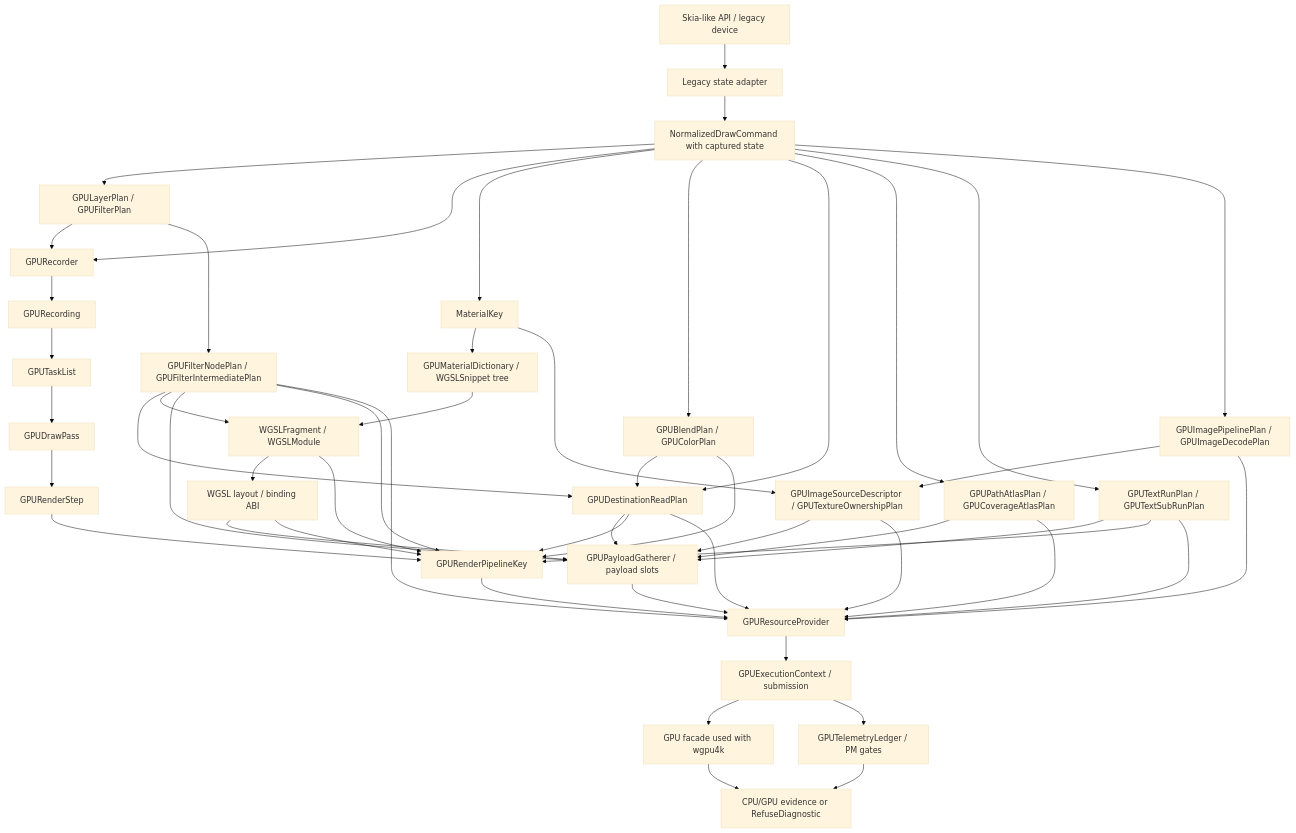
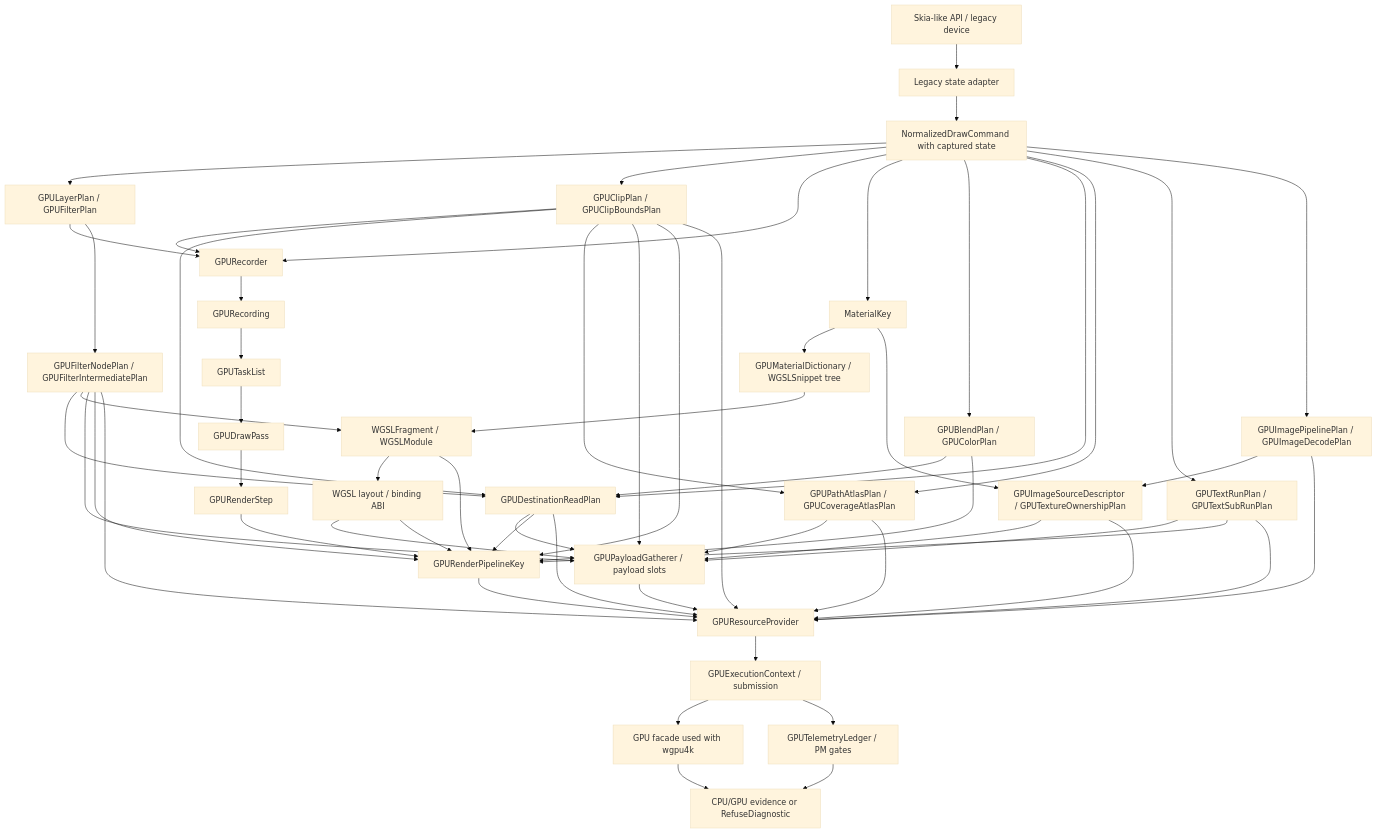
Before and after one commit to ygdrasil-io/kanvas: the diagram in .upstream/specs/gpu-renderer/README.md, drawn with Mermaid (base theme). The commit also changed other lines of this file and 24 other files, not shown here.

````diff
--- a/.upstream/specs/gpu-renderer/README.md
+++ b/.upstream/specs/gpu-renderer/README.md
@@ -203,53 +213,60 @@
 ```mermaid
 flowchart TD
     legacy["Skia-like API / legacy device"] --> adapter["Legacy state adapter"]
     adapter --> command["NormalizedDrawCommand with captured state"]
     command --> layerplan["GPULayerPlan / GPUFilterPlan"]
+    command --> clipplan["GPUClipPlan / GPUClipBoundsPlan"]
     command --> recorder["GPURecorder"]
     layerplan --> recorder
     layerplan --> filterdetail["GPUFilterNodePlan / GPUFilterIntermediatePlan"]
+    clipplan --> recorder
     recorder --> recording["GPURecording"]
     recording --> tasks["GPUTaskList"]
     tasks --> drawpass["GPUDrawPass"]
     drawpass --> step["GPURenderStep"]
     command --> material["MaterialKey"]
     material --> dictionary["GPUMaterialDictionary / WGSLSnippet tree"]
     command --> blend["GPUBlendPlan / GPUColorPlan"]
     command --> dstread["GPUDestinationReadPlan"]
     blend --> dstread
+    clipplan --> dstread
     filterdetail --> dstread
     dictionary --> wgsl["WGSLFragment / WGSLModule"]
     filterdetail --> wgsl
     material --> textureplan["GPUImageSourceDescriptor / GPUTextureOwnershipPlan"]
     command --> atlas["GPUPathAtlasPlan / GPUCoverageAtlasPlan"]
+    clipplan --> atlas
     command --> text["GPUTextRunPlan / GPUTextSubRunPlan"]
     wgsl --> abi["WGSL layout / binding ABI"]
     abi --> payload["GPUPayloadGatherer / payload slots"]
     command --> imageprep["GPUImagePipelinePlan / GPUImageDecodePlan"]
     imageprep --> textureplan
     imageprep --> resources
     textureplan --> payload
     atlas --> payload
+    clipplan --> payload
     text --> payload
     dstread --> payload
     filterdetail --> payload
     step --> pipeline["GPURenderPipelineKey"]
     blend --> pipeline
     dstread --> pipeline
+    clipplan --> pipeline
     filterdetail --> pipeline
     text --> pipeline
     abi --> pipeline
     wgsl --> pipeline
     payload --> resources
     textureplan --> resources
     atlas --> resources
+    clipplan --> resources
     text --> resources
     dstread --> resources
     filterdetail --> resources
     pipeline --> resources["GPUResourceProvider"]
     resources --> execution["GPUExecutionContext / submission"]
     execution --> facade["GPU facade used with wgpu4k"]
     execution --> telemetry["GPUTelemetryLedger / PM gates"]
     facade --> evidence["CPU/GPU evidence or RefuseDiagnostic"]
     telemetry --> evidence
 ```
````
